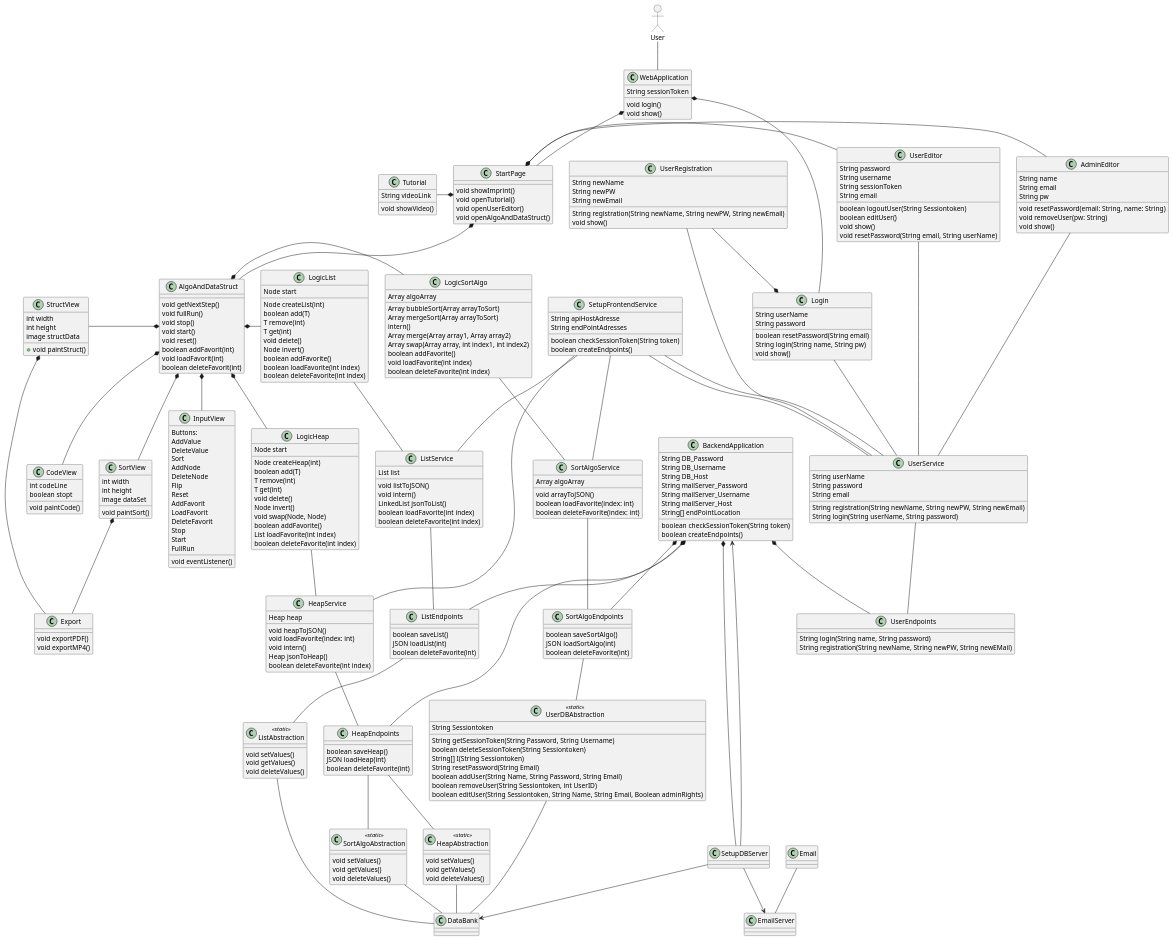
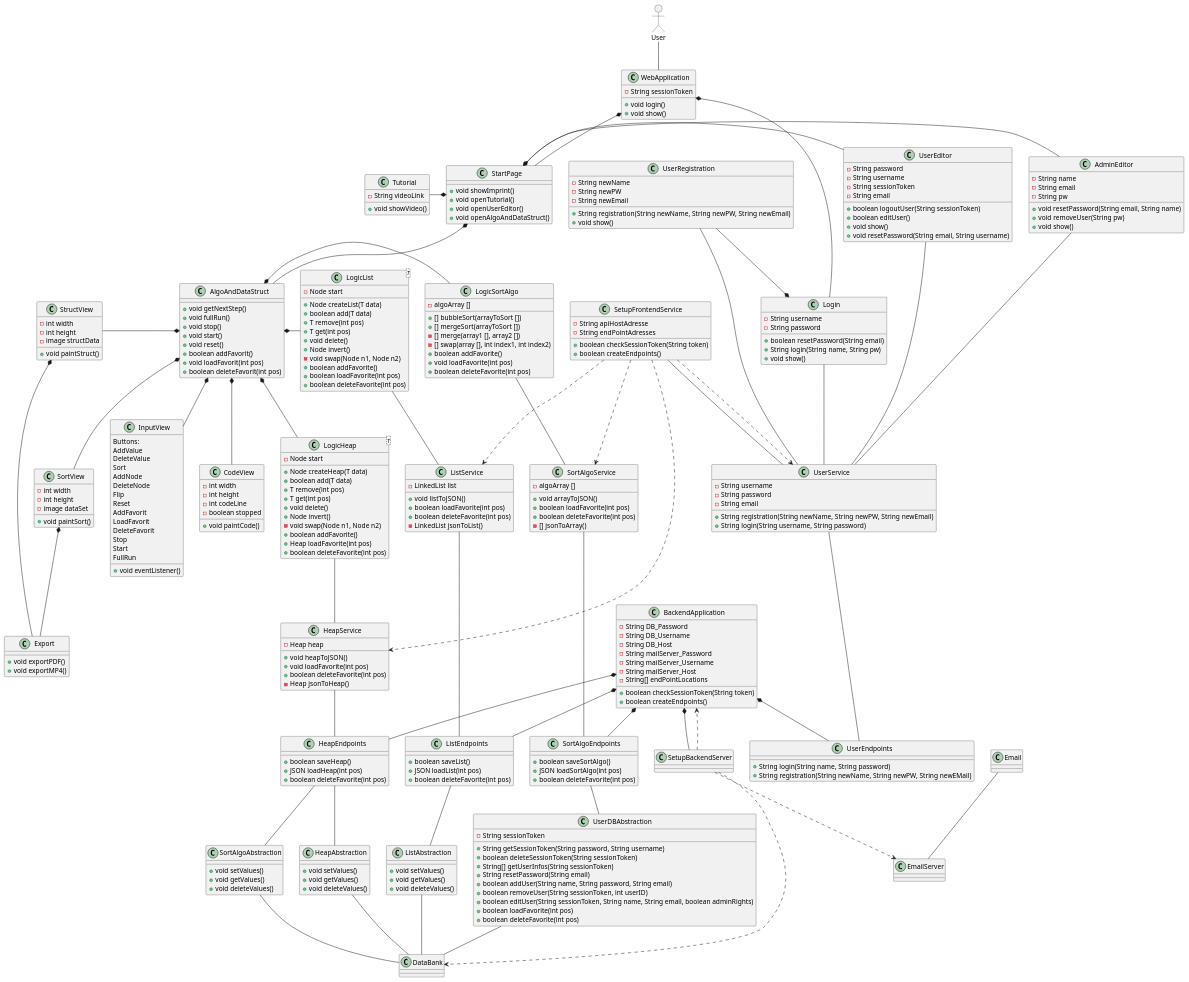
The diagram in Meilensteine/Meilenstein_03/.templates/UMLKlassendiagramm.puml (schmidti2002/Softwarepraktikum), drawn with PlantUML before and after one commit.

```diff
--- a/Meilensteine/Meilenstein_03/.templates/UMLKlassendiagramm.puml
+++ b/Meilensteine/Meilenstein_03/.templates/UMLKlassendiagramm.puml
@@ -4,92 +4,92 @@
 actor User
 
 class WebApplication {
-  String sessionToken
+  -String sessionToken
 
-  void login()
-  void show()
+  +void login()
+  +void show()
 }
 
 class StartPage {
 
-  void showImprint()
-  void openTutorial()
-  void openUserEditor()
-  void openAlgoAndDataStruct()
+  +void showImprint()
+  +void openTutorial()
+  +void openUserEditor()
+  +void openAlgoAndDataStruct()
 }
 
 class UserRegistration {
-  String newName
-  String newPW
-  String newEmail
+  -String newName
+  -String newPW
+  -String newEmail
 
-  String registration(String newName, String newPW, String newEmail)
-  void show()
+  +String registration(String newName, String newPW, String newEmail)
+  +void show()
 }
 
 class Login {
-  String userName
-  String password
+  -String username
+  -String password
 
-  boolean resetPassword(String email)
-  String login(String name, String pw)
-  void show()
+  +boolean resetPassword(String email)
+  +String login(String name, String pw)
+  +void show()
 }
 
 class AdminEditor {
-  String name
-  String email
-  String pw
+  -String name
+  -String email
+  -String pw
 
-  void resetPassword(email: String, name: String)
-  void removeUser(pw: String)
-  void show()
+  +void resetPassword(String email, String name)
+  +void removeUser(String pw)
+  +void show()
 }
 
 class UserEditor {
-  String password
-  String username
-  String sessionToken
-  String email
+  -String password
+  -String username
+  -String sessionToken
+  -String email
 
-  boolean logoutUser(String Sessiontoken)
-  boolean editUser()
-  void show()
-  void resetPassword(String email, String userName)
+  +boolean logoutUser(String sessionToken)
+  +boolean editUser()
+  +void show()
+  +void resetPassword(String email, String username)
 }
 
 class Tutorial {
-  String videoLink
+  -String videoLink
 
-  void showVideo()
+  +void showVideo()
 }
 
 class AlgoAndDataStruct {
 
-  void getNextStep()
-  void fullRun()
-  void stop()
-  void start()
-  void reset()
-  boolean addFavorit(int)
-  void loadFavorit(int)
-  boolean deleteFavorit(int)
+  +void getNextStep()
+  +void fullRun()
+  +void stop()
+  +void start()
+  +void reset()
+  +boolean addFavorit()
+  +void loadFavorit(int pos)
+  +boolean deleteFavorit(int pos)
 }
 
 class SortView {
-  int width
-  int height
-  image dataSet
+  -int width
+  -int height
+  -image dataSet
 
-  void paintSort()
+  +void paintSort()
 }
 
 class StructView {
-  int width
-  int height
-  image structData
+  -int width
+  -int height
+  -image structData
 
-  + void paintStruct()
+  +void paintStruct()
 }
 
 class InputView {
@@ -108,183 +108,187 @@
    Start
    FullRun
 
-  void eventListener()
+  +void eventListener()
 }
 
 class CodeView {
-  int codeLine
-  boolean stopt
+  -int width
+  -int height
+  -int codeLine
+  -boolean stopped
 
-  void paintCode()
+  +void paintCode()
 }
 
 class Export {
-  void exportPDF()
-  void exportMP4()
+  +void exportPDF()
+  +void exportMP4()
 }
 
 class UserService {
-  String userName
-  String password
-  String email
+  -String username
+  -String password
+  -String email
 
-  String registration(String newName, String newPW, String newEmail)
-  String login(String userName, String password)
+  +String registration(String newName, String newPW, String newEmail)
+  +String login(String username, String password)
 }
 
 class LogicSortAlgo {
-  Array algoArray
+  -algoArray []
 
-  Array bubbleSort(Array arrayToSort)
-  Array mergeSort(Array arrayToSort)
-  intern()
-  Array merge(Array array1, Array array2)
-  Array swap(Array array, int index1, int index2)
-  boolean addFavorite()
-  void loadFavorite(int index)
-  boolean deleteFavorite(int index)
+  +[] bubbleSort(arrayToSort [])
+  +[] mergeSort(arrayToSort [])
+  -[] merge(array1 [], array2 [])
+  -[] swap(array [], int index1, int index2)
+  +boolean addFavorite()
+  +void loadFavorite(int pos)
+  +boolean deleteFavorite(int pos)
 }
 
-class LogicHeap {
-  Node start
+class LogicHeap <T> {
+  -Node start
 
-  Node createHeap(int)
-  boolean add(T)
-  T remove(int)
-  T get(int)
-  void delete()
-  Node invert()
-  void swap(Node, Node)
-  boolean addFavorite()
-  List loadFavorite(int index)
-  boolean deleteFavorite(int index)
+  +Node createHeap(T data)
+  +boolean add(T data)
+  +T remove(int pos)
+  +T get(int pos)
+  +void delete()
+  +Node invert()
+  -void swap(Node n1, Node n2)
+  +boolean addFavorite()
+  +Heap loadFavorite(int pos)
+  +boolean deleteFavorite(int pos)
 }
 
-class LogicList {
-  Node start
+class LogicList <T> {
+  -Node start
 
-  Node createList(int)
-  boolean add(T)
-  T remove(int)
-  T get(int)
-  void delete()
-  Node invert()
-  boolean addFavorite()
-  boolean loadFavorite(int index)
-  boolean deleteFavorite(int index)
+  +Node createList(T data)
+  +boolean add(T data)
+  +T remove(int pos)
+  +T get(int pos)
+  +void delete()
+  +Node invert()
+  -void swap(Node n1, Node n2)
+  +boolean addFavorite()
+  +boolean loadFavorite(int pos)
+  +boolean deleteFavorite(int pos)
 }
 
 
-class SortAlgoService {
-  Array algoArray
+static class SortAlgoService {
+  -algoArray []
 
-  void arrayToJSON()
-  boolean loadFavorite(index: int)
-  boolean deleteFavorite(index: int)
+  +void arrayToJSON()
+  +boolean loadFavorite(int pos)
+  +boolean deleteFavorite(int pos)
+  -[] jsonToArray()
 }
 
-class HeapService {
-  Heap heap
+static class HeapService {
+  -Heap heap
 
-  void heapToJSON()
-  void loadFavorite(index: int)
-  void intern()
-  Heap jsonToHeap()
-  boolean deleteFavorite(int index)
+  +void heapToJSON()
+  +void loadFavorite(int pos)
+  +boolean deleteFavorite(int pos)
+  -Heap jsonToHeap()
 }
 
-class ListService {
-  List list
+static class ListService {
+  -LinkedList list
 
-  void listToJSON()
-  void intern()
-  LinkedList jsonToList()
-  boolean loadFavorite(int index)
-  boolean deleteFavorite(int index)
+  +void listToJSON()
+  +boolean loadFavorite(int pos)
+  +boolean deleteFavorite(int pos)
+  -LinkedList jsonToList()
 }
 
 class SetupFrontendService {
-  String apiHostAdresse
-  String endPointAdresses
+  -String apiHostAdresse
+  -String endPointAdresses
 
-  boolean checkSessionToken(String token)
-  boolean createEndpoints()
+  +boolean checkSessionToken(String token)
+  +boolean createEndpoints()
 }
 
 class BackendApplication {
-  String DB_Password
-  String DB_Username
-  String DB_Host
-  String mailServer_Password
-  String mailServer_Username
-  String mailServer_Host
-  String[] endPointLocation
+  -String DB_Password
+  -String DB_Username
+  -String DB_Host
+  -String mailServer_Password
+  -String mailServer_Username
+  -String mailServer_Host
+  -String[] endPointLocations
 
-  boolean checkSessionToken(String token)
-  boolean createEndpoints()
+  +boolean checkSessionToken(String token)
+  +boolean createEndpoints()
 }
 
 
 class UserEndpoints {
 
-  String login(String name, String password)
-  String registration(String newName, String newPW, String newEMail)
+  +String login(String name, String password)
+  +String registration(String newName, String newPW, String newEMail)
 }
 
 class SortAlgoEndpoints {
 
-  boolean saveSortAlgo()
-  JSON loadSortAlgo(int)
-  boolean deleteFavorite(int)
+  +boolean saveSortAlgo()
+  +JSON loadSortAlgo(int pos)
+  +boolean deleteFavorite(int pos)
 }
 
 class HeapEndpoints {
 
-  boolean saveHeap()
-  JSON loadHeap(int)
-  boolean deleteFavorite(int)
+  +boolean saveHeap()
+  +JSON loadHeap(int pos)
+  +boolean deleteFavorite(int pos)
 }
 
 
 class ListEndpoints {
 
-  boolean saveList()
-  JSON loadList(int)
-  boolean deleteFavorite(int)
+  +boolean saveList()
+  +JSON loadList(int pos)
+  +boolean deleteFavorite(int pos)
 }
 
-class UserDBAbstraction <<static>> {
-  String Sessiontoken
+static class UserDBAbstraction {
+  -String sessionToken
 
-  String getSessionToken(String Password, String Username)
-  boolean deleteSessionToken(String Sessiontoken)
-  String[] I(String Sessiontoken)
-  String resetPassword(String Email)
-  boolean addUser(String Name, String Password, String Email)
-  boolean removeUser(String Sessiontoken, int UserID)
-  boolean editUser(String Sessiontoken, String Name, String Email, Boolean adminRights)
+  +String getSessionToken(String password, String username)
+  +boolean deleteSessionToken(String sessionToken)
+  +String[] getUserInfos(String sessionToken)
+  +String resetPassword(String email)
+  +boolean addUser(String name, String password, String email)
+  +boolean removeUser(String sessionToken, int userID)
+  +boolean editUser(String sessionToken, String name, String email, boolean adminRights)
+  +boolean loadFavorite(int pos)
+  +boolean deleteFavorite(int pos)
+
 }
 
-class SortAlgoAbstraction <<static>> {
+static class SortAlgoAbstraction {
 
-  void setValues()
-  void getValues()
-  void deleteValues()
+  +void setValues()
+  +void getValues()
+  +void deleteValues()
 }
 
 
-class HeapAbstraction <<static>> {
+static class HeapAbstraction {
 
-  void setValues()
-  void getValues()
-  void deleteValues()
+  +void setValues()
+  +void getValues()
+  +void deleteValues()
 }
 
-class ListAbstraction <<static>> {
+static class ListAbstraction {
 
-  void setValues()
-  void getValues()
-  void deleteValues()
+  +void setValues()
+  +void getValues()
+  +void deleteValues()
 }
 
 
@@ -324,10 +328,10 @@
 LogicHeap -- HeapService
 LogicList -- ListService
 
-SetupFrontendService -- SortAlgoService
-SetupFrontendService -- HeapService
-SetupFrontendService -- ListService
-SetupFrontendService -- UserService
+SetupFrontendService ..> SortAlgoService
+SetupFrontendService ..> HeapService
+SetupFrontendService ..> ListService
+SetupFrontendService ..> UserService
 
 SortAlgoService -- SortAlgoEndpoints
 HeapService -- HeapEndpoints
@@ -338,7 +342,7 @@
 BackendApplication *-- HeapEndpoints
 BackendApplication *-- ListEndpoints
 BackendApplication *-- UserEndpoints
-BackendApplication *-- SetupDBServer
+BackendApplication *-- SetupBackendServer
 
 HeapEndpoints -- SortAlgoAbstraction
 HeapEndpoints -- HeapAbstraction
@@ -352,8 +356,8 @@
 
 Email -- EmailServer
 
-SetupDBServer --> EmailServer
-SetupDBServer ----> BackendApplication
+SetupBackendServer ..> EmailServer
+SetupBackendServer ..> BackendApplication
 
-SetupDBServer --> DataBank
+SetupBackendServer ..> DataBank
 @enduml
```
